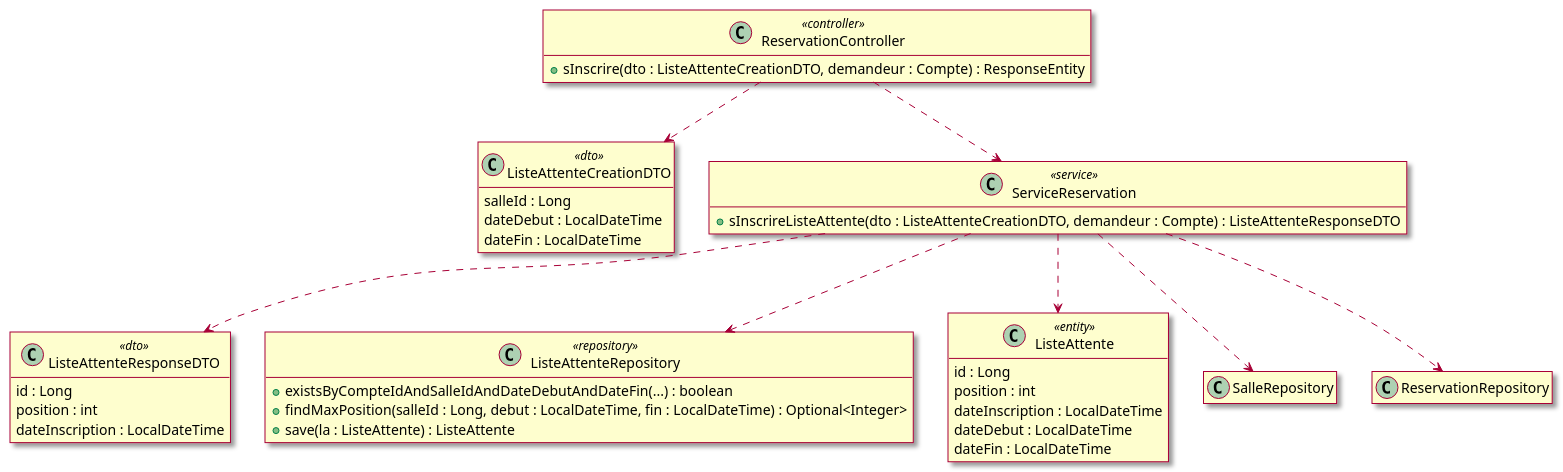
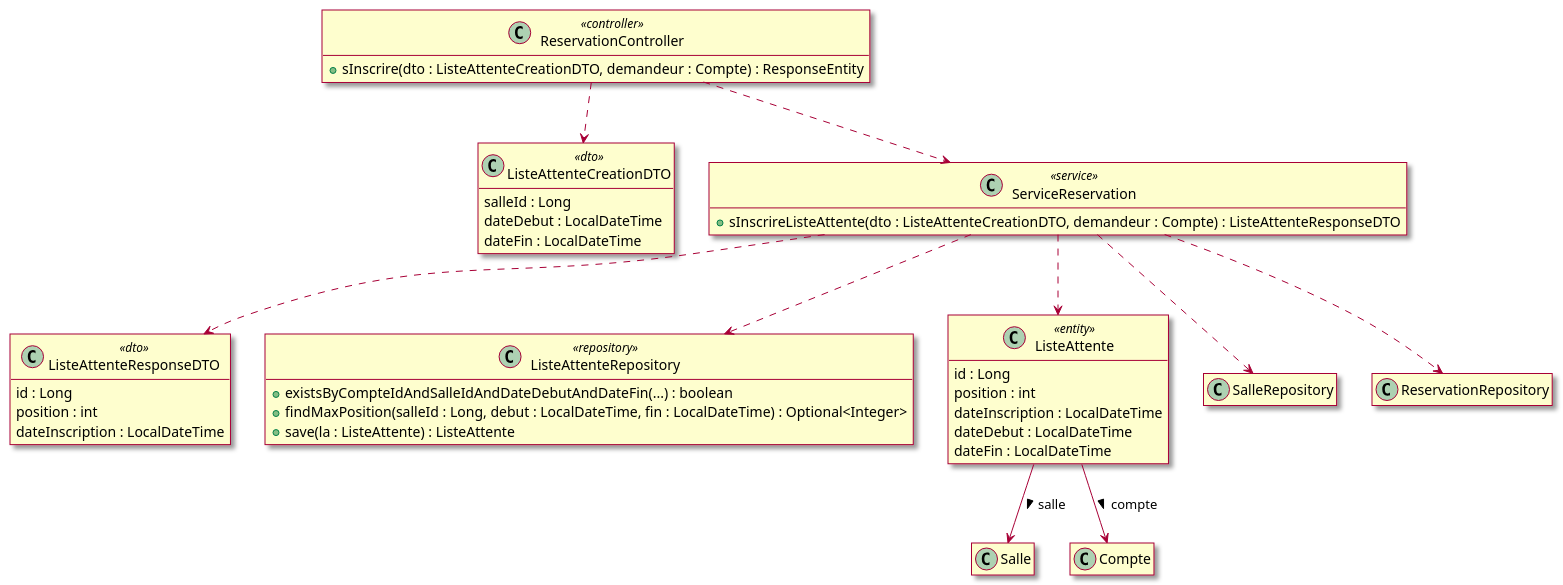
One commit to mrajaonson/glg204-room-management-system changed diagram 32 of 38 in docs/03-Conception.md. Above: the diagram before and after it, drawn with PlantUML. The commit also changed other lines of this file, not shown here.

````diff
--- a/docs/03-Conception.md
+++ b/docs/03-Conception.md
@@ -1485,48 +1506,51 @@
 ```plantuml
 @startuml
 skin rose
 hide empty members
 
 class ReservationController <<controller>> {
   + sInscrire(dto : ListeAttenteCreationDTO, demandeur : Compte) : ResponseEntity
 }
 
 class ListeAttenteCreationDTO <<dto>> {
   salleId : Long
   dateDebut : LocalDateTime
   dateFin : LocalDateTime
 }
 
 class ListeAttenteResponseDTO <<dto>> {
   id : Long
   position : int
   dateInscription : LocalDateTime
 }
 
 class ServiceReservation <<service>> {
   + sInscrireListeAttente(dto : ListeAttenteCreationDTO, demandeur : Compte) : ListeAttenteResponseDTO
 }
 
 class ListeAttenteRepository <<repository>> {
   + existsByCompteIdAndSalleIdAndDateDebutAndDateFin(...) : boolean
   + findMaxPosition(salleId : Long, debut : LocalDateTime, fin : LocalDateTime) : Optional<Integer>
   + save(la : ListeAttente) : ListeAttente
 }
 
 class ListeAttente <<entity>> {
   id : Long
   position : int
   dateInscription : LocalDateTime
   dateDebut : LocalDateTime
   dateFin : LocalDateTime
 }
 
+ListeAttente --> Salle : > salle
+ListeAttente --> Compte : > compte
+
 ReservationController ..> ListeAttenteCreationDTO
 ReservationController ..> ServiceReservation
 ServiceReservation ..> SalleRepository
 ServiceReservation ..> ReservationRepository
 ServiceReservation ..> ListeAttenteRepository
 ServiceReservation ..> ListeAttente
 ServiceReservation ..> ListeAttenteResponseDTO
 @enduml
 ```
````
